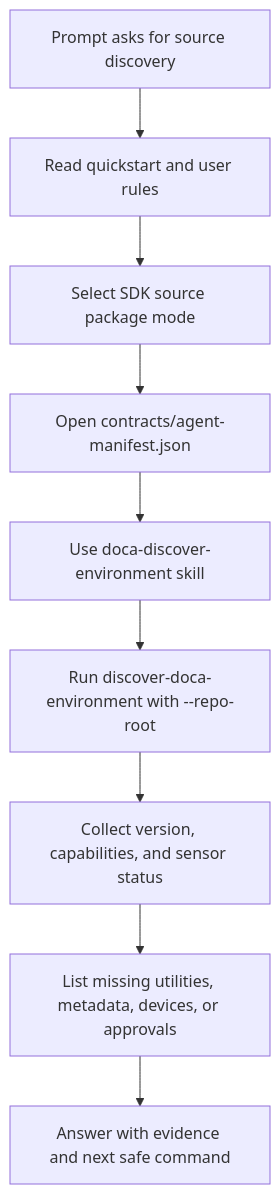
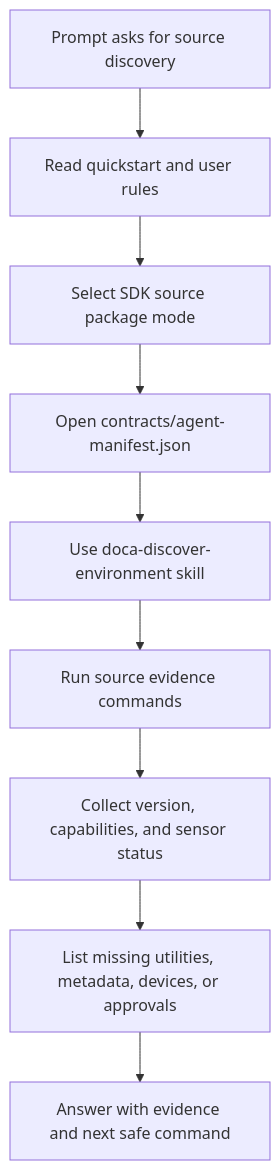
The diagram in examples/sdk-source-discovery.md (NVIDIA-DOCA/doca-skills), drawn with Mermaid before and after one commit. The commit also changed other lines of this file and 49 other files, not shown here.

````diff
--- a/examples/sdk-source-discovery.md
+++ b/examples/sdk-source-discovery.md
@@ -17,21 +17,21 @@
 ```mermaid
 flowchart TD
     prompt["Prompt asks for source discovery"]
     quickstart["Read quickstart and user rules"]
     mode["Select SDK source package mode"]
     manifest["Open contracts/agent-manifest.json"]
     skill["Use doca-discover-environment skill"]
-    command["Run discover-doca-environment with --repo-root"]
+    command["Run source evidence commands"]
     facts["Collect version, capabilities, and sensor status"]
     blockers["List missing utilities, metadata, devices, or approvals"]
     answer["Answer with evidence and next safe command"]
 
     prompt --> quickstart
     quickstart --> mode
     mode --> manifest
     manifest --> skill
     skill --> command
     command --> facts
     facts --> blockers
     blockers --> answer
 ```
````
